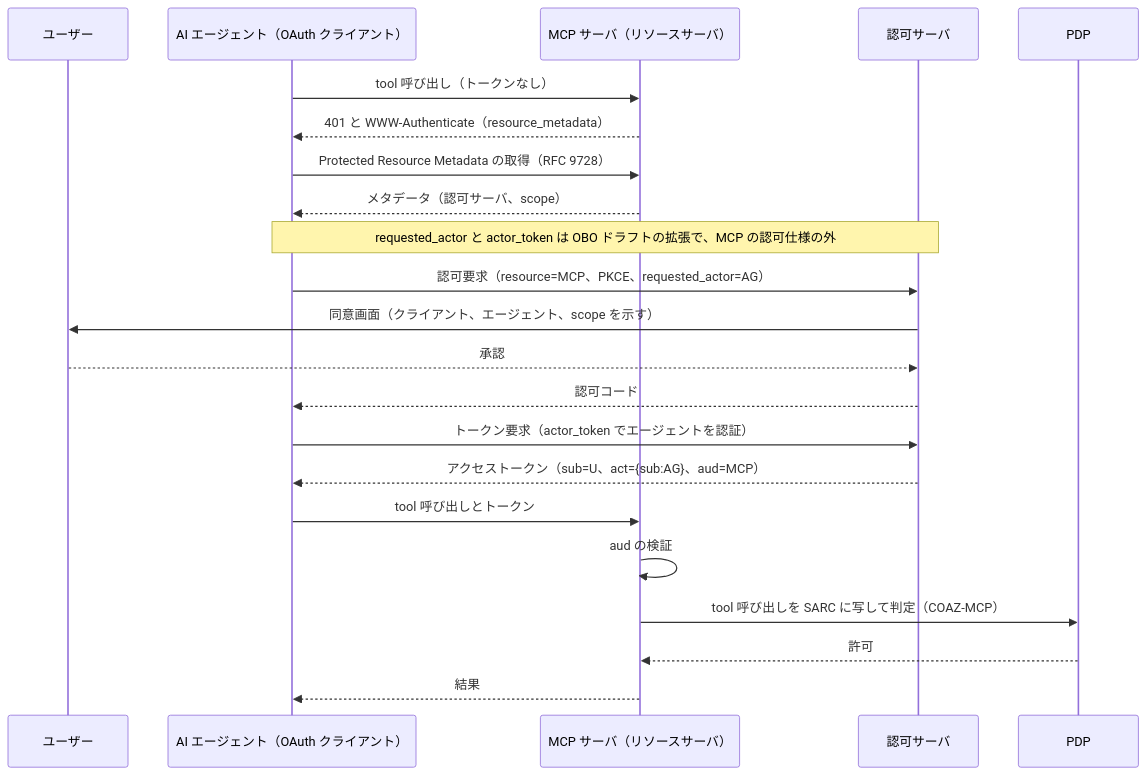
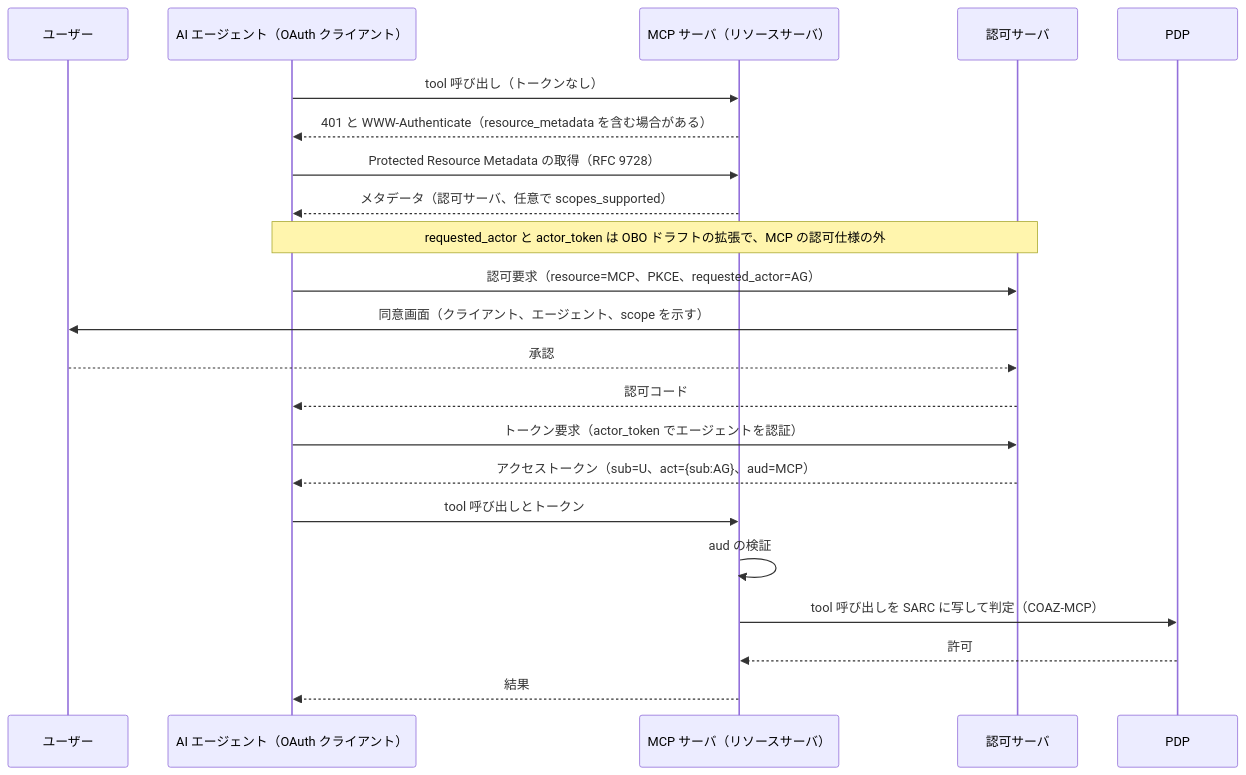
Before and after one commit to bmf-san/bmf-tech: the fourth of 6 diagrams in content/ja/posts/authorization-platform-architecture-decisions.md, drawn with Mermaid. The commit also changed other lines of this file and 1 other file, not shown here.

First line of the commit message:
fix: 認可基盤のアーキテクチャの記事の図とまとめを本文と AARP・AuthZEN・MCP の任意の要素に合わせる

````diff
--- a/content/ja/posts/authorization-platform-architecture-decisions.md
+++ b/content/ja/posts/authorization-platform-architecture-decisions.md
@@ -235,24 +234,24 @@
 ```mermaid
 sequenceDiagram
     participant U as ユーザー
     participant AG as AI エージェント（OAuth クライアント）
     participant MCP as MCP サーバ（リソースサーバ）
     participant AS as 認可サーバ
     participant PDP as PDP
     AG->>MCP: tool 呼び出し（トークンなし）
-    MCP-->>AG: 401 と WWW-Authenticate（resource_metadata）
+    MCP-->>AG: 401 と WWW-Authenticate（resource_metadata を含む場合がある）
     AG->>MCP: Protected Resource Metadata の取得（RFC 9728）
-    MCP-->>AG: メタデータ（認可サーバ、scope）
+    MCP-->>AG: メタデータ（認可サーバ、任意で scopes_supported）
     Note over AG,AS: requested_actor と actor_token は OBO ドラフトの拡張で、MCP の認可仕様の外
     AG->>AS: 認可要求（resource=MCP、PKCE、requested_actor=AG）
     AS->>U: 同意画面（クライアント、エージェント、scope を示す）
     U-->>AS: 承認
     AS-->>AG: 認可コード
     AG->>AS: トークン要求（actor_token でエージェントを認証）
     AS-->>AG: アクセストークン（sub=U、act={sub:AG}、aud=MCP）
     AG->>MCP: tool 呼び出しとトークン
     MCP->>MCP: aud の検証
     MCP->>PDP: tool 呼び出しを SARC に写して判定（COAZ-MCP）
     PDP-->>MCP: 許可
     MCP-->>AG: 結果
 ```
````
